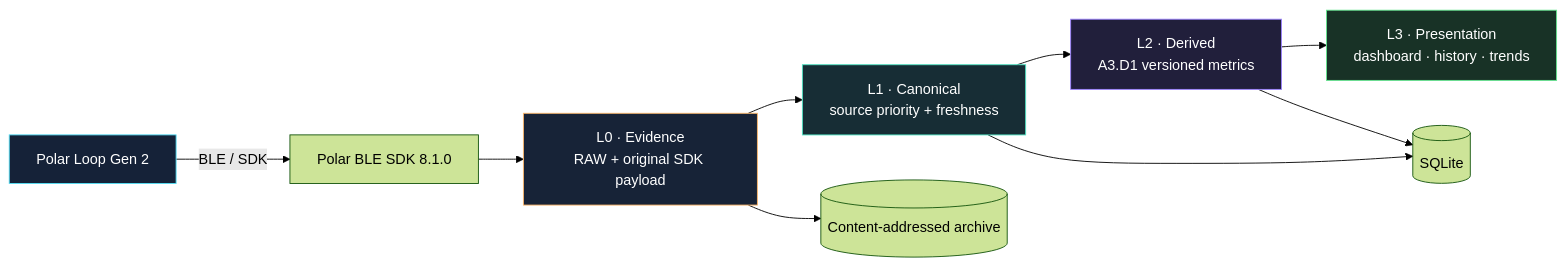
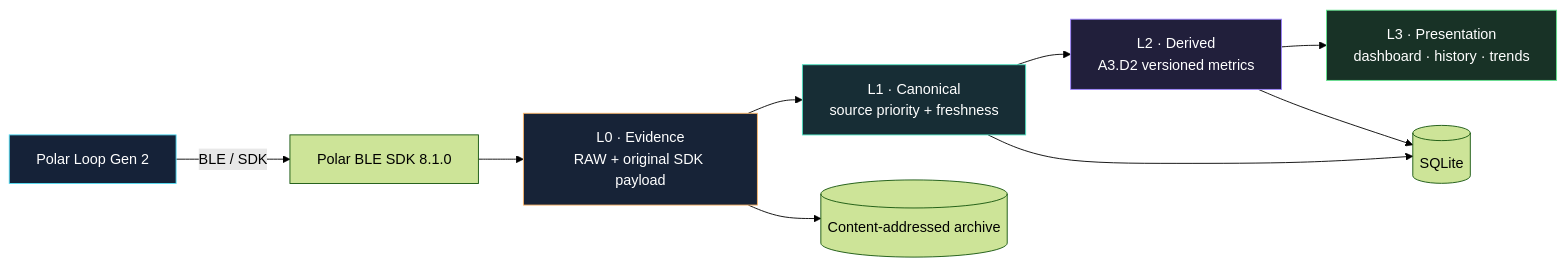
One commit to wai666/joji-polar-bridge changed the diagram in README.md. Above: the diagram before and after it, drawn with Mermaid (forest theme). The commit also changed other lines of this file and 8 other files, not shown here.

````diff
--- a/README.md
+++ b/README.md
@@ -76,18 +81,18 @@
 ```mermaid
 flowchart LR
     Loop[Polar Loop Gen 2] -->|BLE / SDK| SDK[Polar BLE SDK 8.1.0]
     SDK --> RAW[L0 · Evidence\nRAW + original SDK payload]
     RAW --> CAN[L1 · Canonical\nsource priority + freshness]
-    CAN --> DER[L2 · Derived\nA3.D1 versioned metrics]
+    CAN --> DER[L2 · Derived\nA3.D2 versioned metrics]
     DER --> UI[L3 · Presentation\ndashboard · history · trends]
 
     RAW --> ARCH[(Content-addressed archive)]
     CAN --> DB[(SQLite)]
     DER --> DB
 
     style Loop fill:#152238,stroke:#54dff7,color:#fff
     style RAW fill:#172337,stroke:#ffb86b,color:#fff
     style CAN fill:#172d35,stroke:#4de2c2,color:#fff
     style DER fill:#211f3b,stroke:#9c82ff,color:#fff
     style UI fill:#183226,stroke:#63e58e,color:#fff
 ```
````
